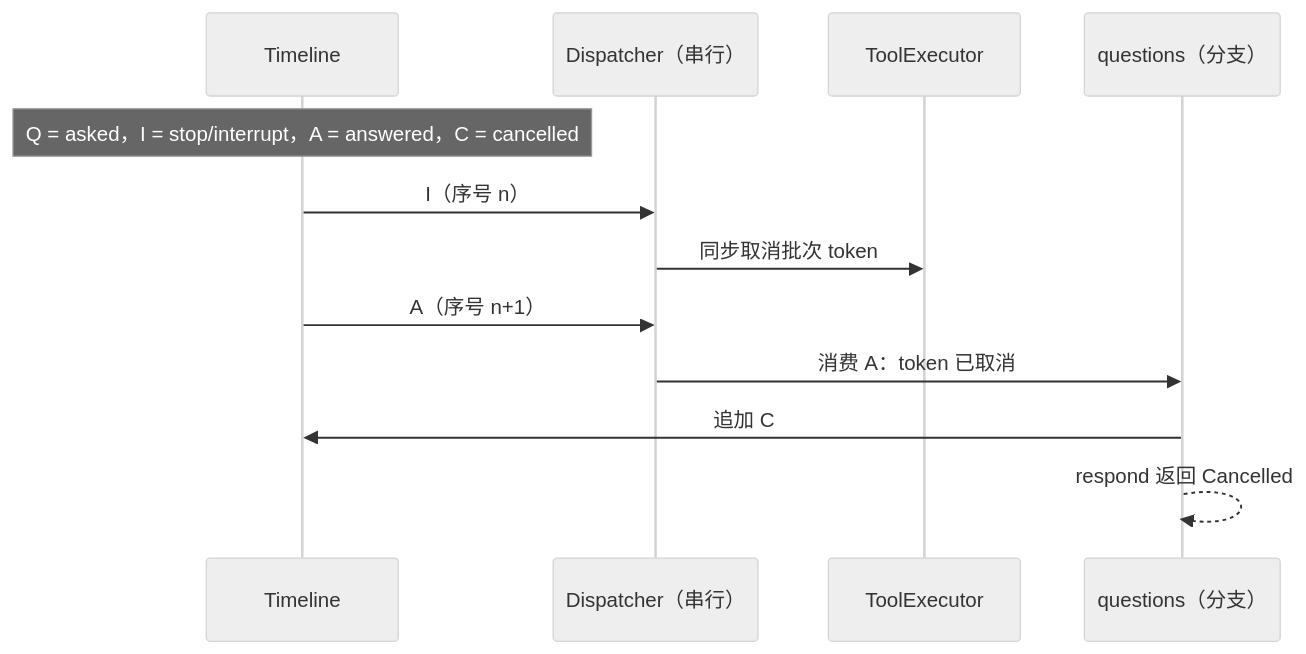
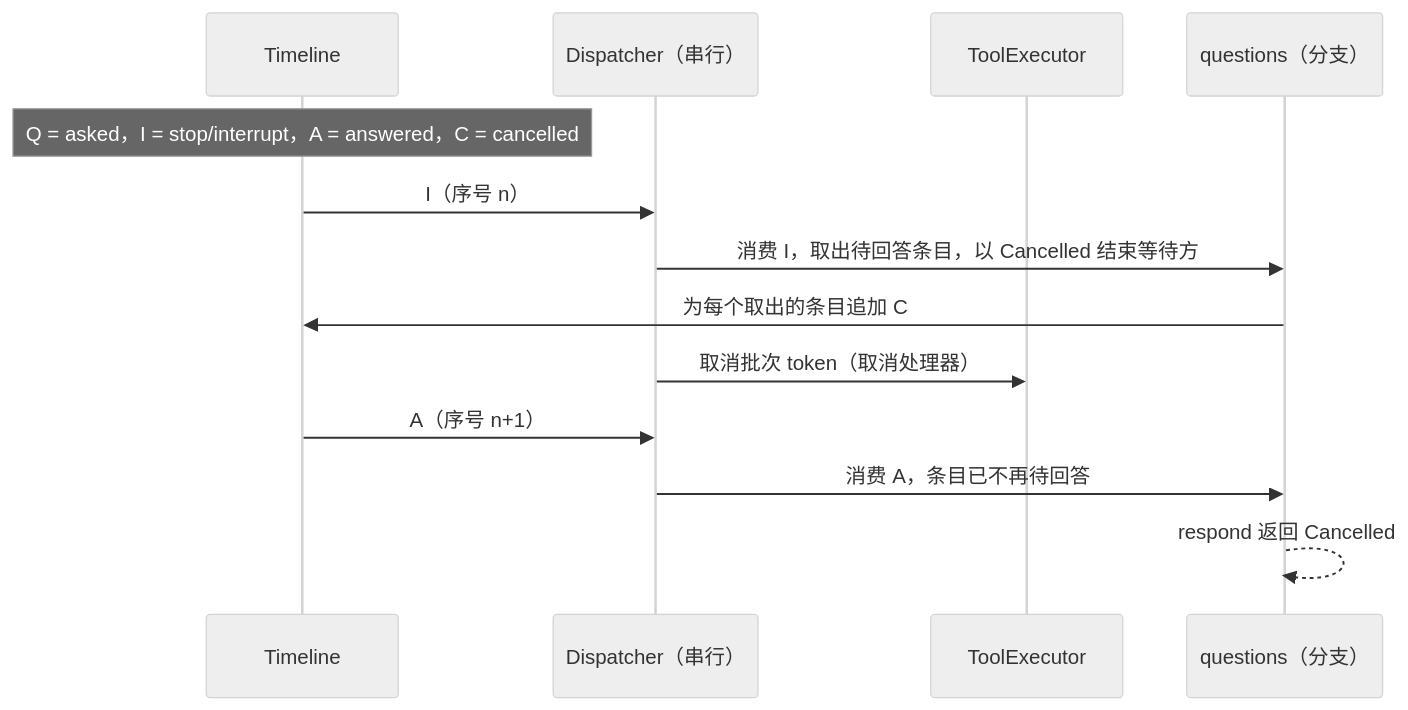
One commit to CoutinhoTTS/dim-agent changed the fifth of 6 diagrams in docs/zh/design/plugins/Questions.md. Above: the diagram before and after it, drawn with Mermaid (neutral theme). The commit also changed other lines of this file and 42 other files, not shown here.

````diff
--- a/docs/zh/design/plugins/Questions.md
+++ b/docs/zh/design/plugins/Questions.md
@@ -138,14 +140,15 @@
 ```mermaid
 sequenceDiagram
   participant TL as Timeline
   participant D as Dispatcher（串行）
   participant TE as ToolExecutor
   participant Q as questions（分支）
   Note over TL: Q = asked，I = stop/interrupt，A = answered，C = cancelled
   TL->>D: I（序号 n）
-  D->>TE: 同步取消批次 token
+  D->>Q: 消费 I，取出待回答条目，以 Cancelled 结束等待方
+  Q->>TL: 为每个取出的条目追加 C
+  D->>TE: 取消批次 token（取消处理器）
   TL->>D: A（序号 n+1）
-  D->>Q: 消费 A：token 已取消
-  Q->>TL: 追加 C
+  D->>Q: 消费 A，条目已不再待回答
   Q-->>Q: respond 返回 Cancelled
 ```
````
